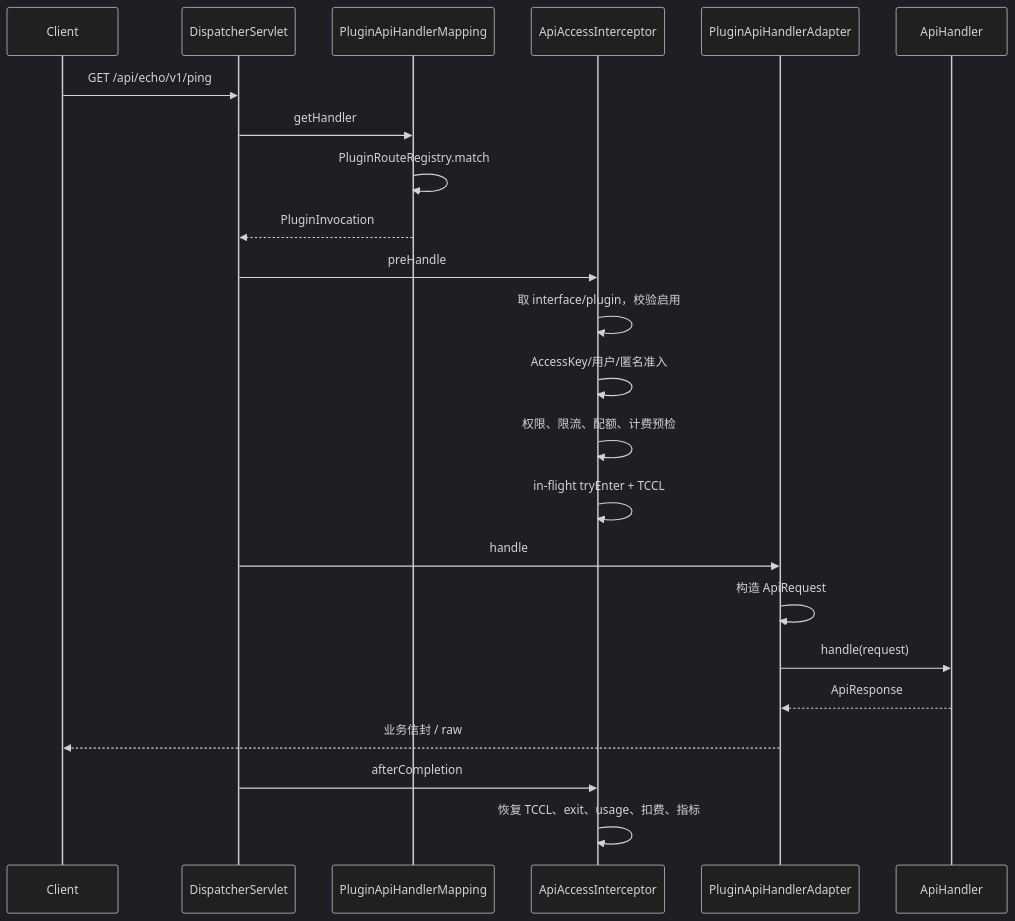
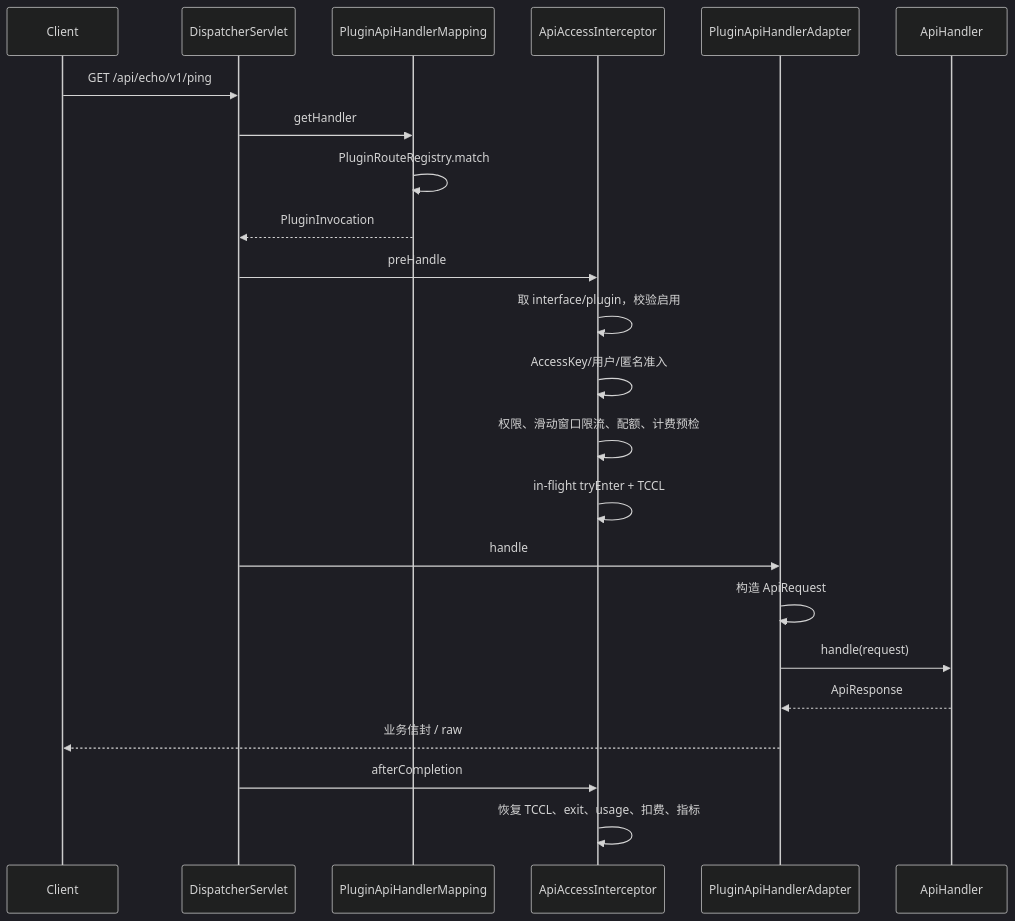
One commit to FatttSnake/api-management changed the sixth of 8 diagrams in docs/plugin-platform_zh.md. Above: the diagram before and after it, drawn with Mermaid (dark theme). The commit also changed other lines of this file and 40 other files, not shown here.

````diff
--- a/docs/plugin-platform_zh.md
+++ b/docs/plugin-platform_zh.md
@@ -361,26 +361,26 @@
 ```mermaid
 sequenceDiagram
     participant Client
     participant MVC as DispatcherServlet
     participant HM as PluginApiHandlerMapping
     participant AI as ApiAccessInterceptor
     participant AD as PluginApiHandlerAdapter
     participant H as ApiHandler
 
     Client->>MVC: GET /api/echo/v1/ping
     MVC->>HM: getHandler
     HM->>HM: PluginRouteRegistry.match
     HM-->>MVC: PluginInvocation
     MVC->>AI: preHandle
     AI->>AI: 取 interface/plugin，校验启用
     AI->>AI: AccessKey/用户/匿名准入
-    AI->>AI: 权限、限流、配额、计费预检
+    AI->>AI: 权限、滑动窗口限流、配额、计费预检
     AI->>AI: in-flight tryEnter + TCCL
     MVC->>AD: handle
     AD->>AD: 构造 ApiRequest
     AD->>H: handle(request)
     H-->>AD: ApiResponse
     AD-->>Client: 业务信封 / raw
     MVC->>AI: afterCompletion
     AI->>AI: 恢复 TCCL、exit、usage、扣费、指标
 ```
````
